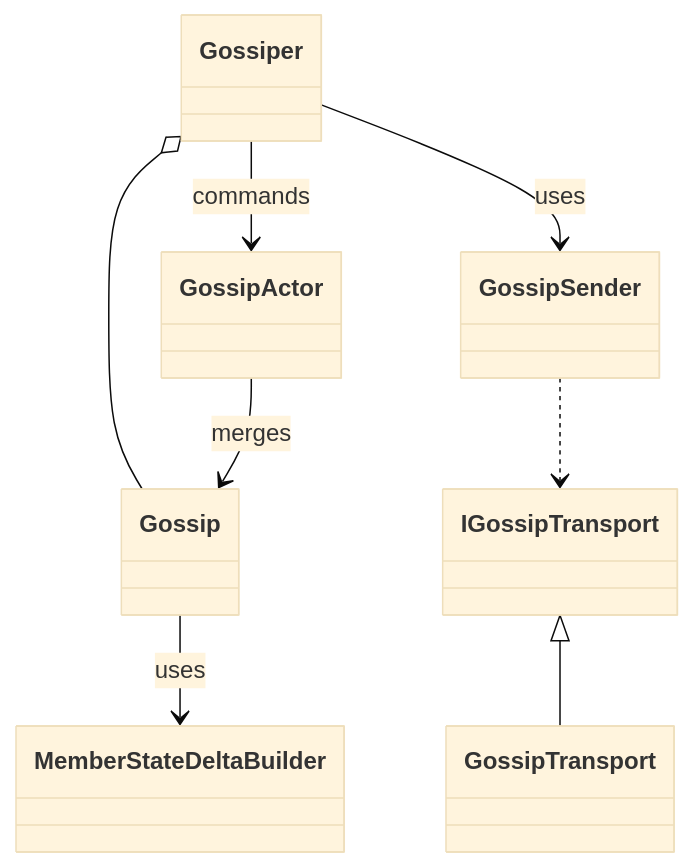
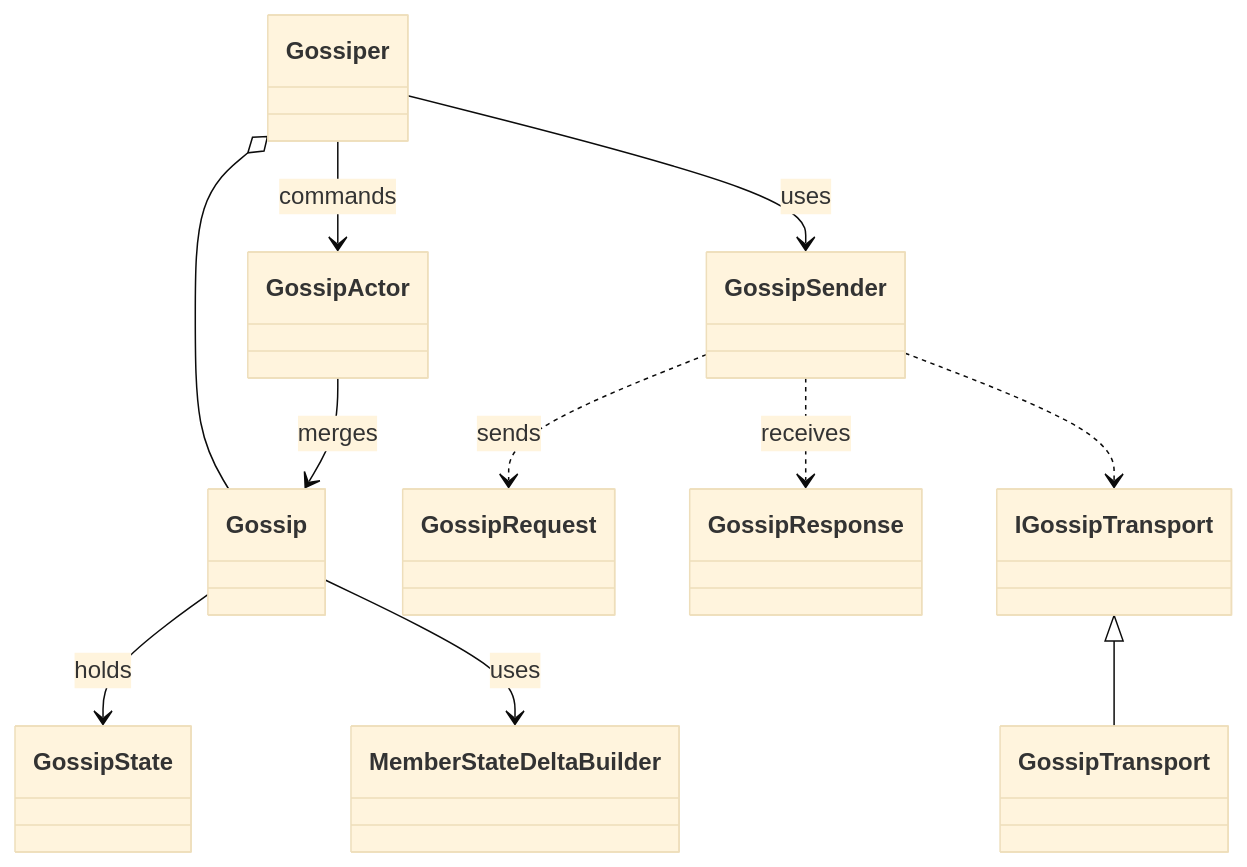
The second of 4 diagrams in CLUSTER_MEMBERSHIP_GOSSIP.md (asynkron/protoactor-dotnet), drawn with Mermaid (base theme) before and after one commit. The commit also changed other lines of this file and 1 other file, not shown here.

Commit message:
docs: clarify gossip type relationships (#2373)

````diff
--- a/CLUSTER_MEMBERSHIP_GOSSIP.md
+++ b/CLUSTER_MEMBERSHIP_GOSSIP.md
@@ -38,17 +38,23 @@
 ```mermaid
 classDiagram
     class Gossiper
     class GossipActor
     class Gossip
+    class GossipState
     class MemberStateDeltaBuilder
     class GossipSender
+    class GossipRequest
+    class GossipResponse
     class IGossipTransport
     class GossipTransport
     Gossiper o-- Gossip
     Gossiper --> GossipActor : commands
     Gossiper --> GossipSender : uses
     GossipActor --> Gossip : merges
+    Gossip --> GossipState : holds
     Gossip --> MemberStateDeltaBuilder : uses
+    GossipSender ..> GossipRequest : sends
+    GossipSender ..> GossipResponse : receives
     GossipSender ..> IGossipTransport
     IGossipTransport <|-- GossipTransport
 ```
````
